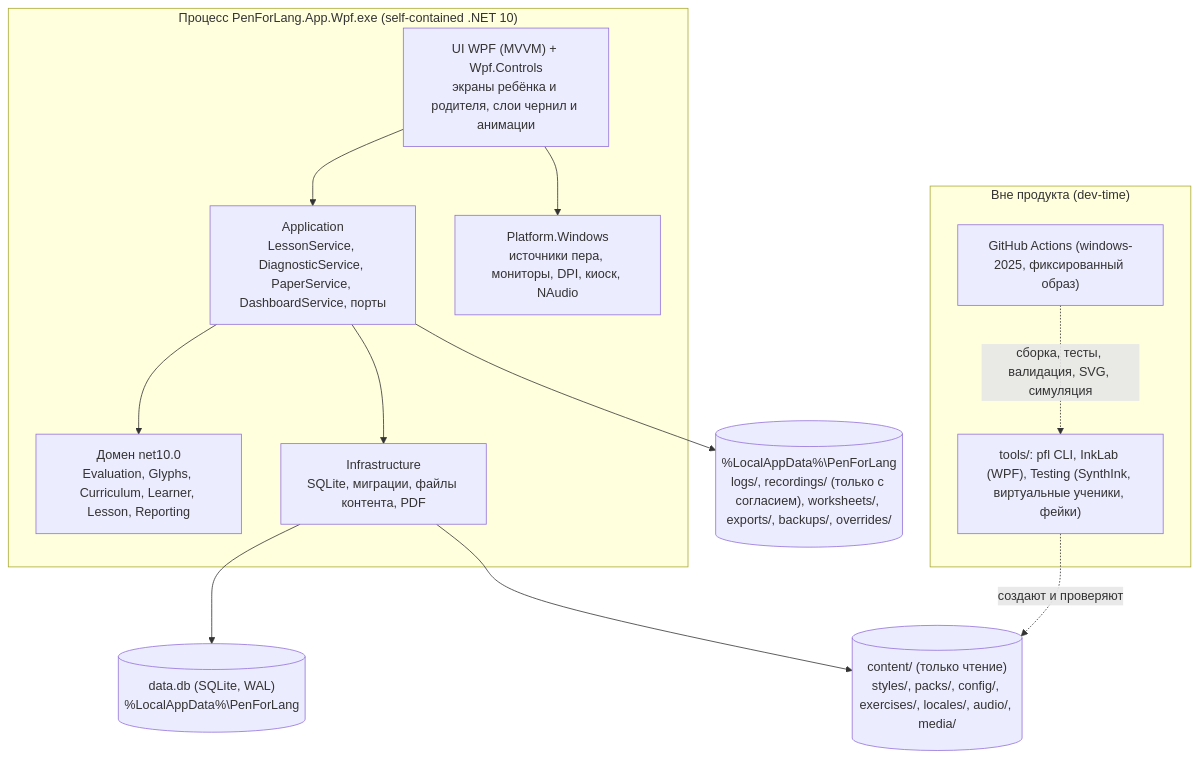
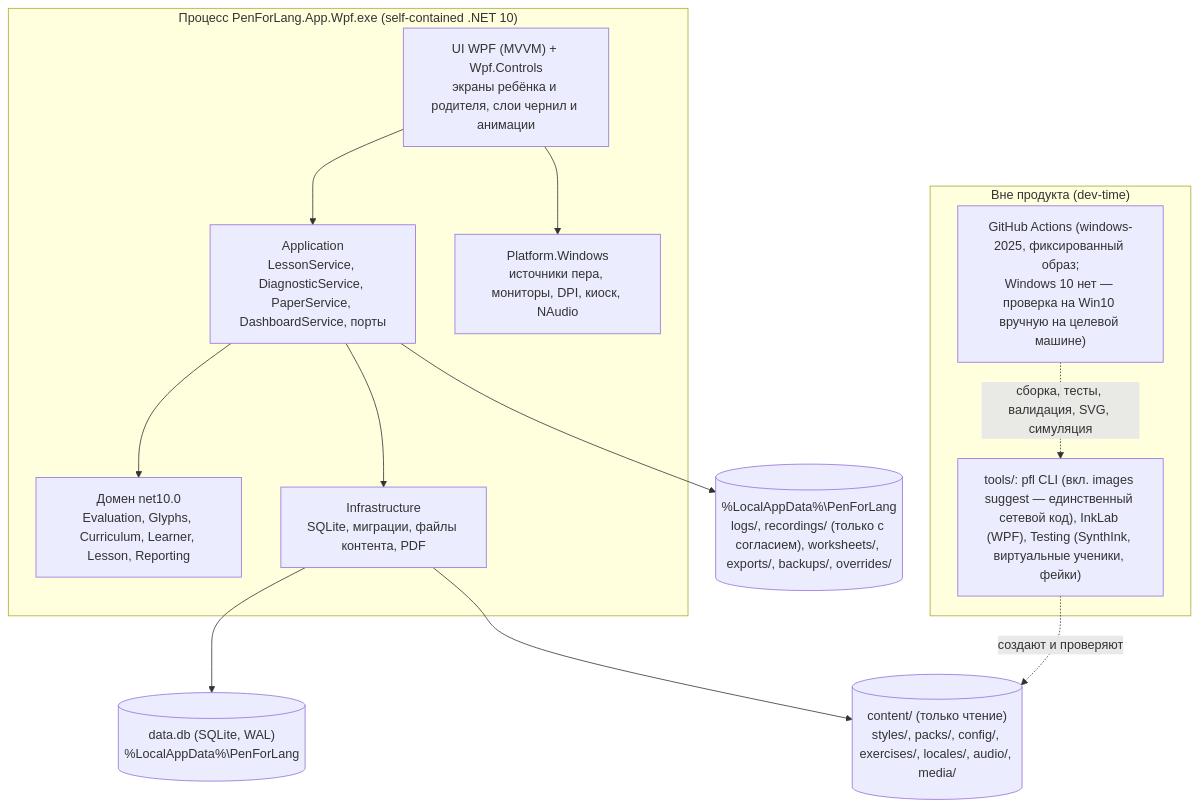
One commit to alexander-hdl/pan_for_lang changed the second of 12 diagrams in docs/ARCHITECTURE.md. Above: the diagram before and after it, drawn with Mermaid. The commit also changed other lines of this file and 2 other files, not shown here.

First line of the commit message:
docs: v1.2 - British RP, Windows 10 primary, word images via authoring

````diff
--- a/docs/ARCHITECTURE.md
+++ b/docs/ARCHITECTURE.md
@@ -136,26 +142,26 @@
 ```mermaid
 flowchart TB
     subgraph proc["Процесс PenForLang.App.Wpf.exe (self-contained .NET 10)"]
         ui["UI WPF (MVVM) + Wpf.Controls<br/>экраны ребёнка и родителя, слои чернил и анимации"]
         appsvc["Application<br/>LessonService, DiagnosticService, PaperService, DashboardService, порты"]
         domain["Домен net10.0<br/>Evaluation, Glyphs, Curriculum, Learner, Lesson, Reporting"]
         platform["Platform.Windows<br/>источники пера, мониторы, DPI, киоск, NAudio"]
         infra["Infrastructure<br/>SQLite, миграции, файлы контента, PDF"]
         ui --> appsvc --> domain
         ui --> platform
         appsvc --> infra
     end
     db[("data.db (SQLite, WAL)<br/>%LocalAppData%\PenForLang")]
     content[("content/ (только чтение)<br/>styles/, packs/, config/, exercises/, locales/, audio/, media/")]
     files[("%LocalAppData%\PenForLang<br/>logs/, recordings/ (только с согласием), worksheets/, exports/, backups/, overrides/")]
     infra --> db
     infra --> content
     appsvc --> files
 
     subgraph dev["Вне продукта (dev-time)"]
-        tools["tools/: pfl CLI, InkLab (WPF), Testing (SynthInk, виртуальные ученики, фейки)"]
-        ci["GitHub Actions (windows-2025, фиксированный образ)"]
+        tools["tools/: pfl CLI (вкл. images suggest — единственный сетевой код), InkLab (WPF), Testing (SynthInk, виртуальные ученики, фейки)"]
+        ci["GitHub Actions (windows-2025, фиксированный образ;<br/>Windows 10 нет — проверка на Win10 вручную на целевой машине)"]
     end
     tools -. "создают и проверяют" .-> content
     ci -. "сборка, тесты, валидация, SVG, симуляция" .-> tools
 ```
````
